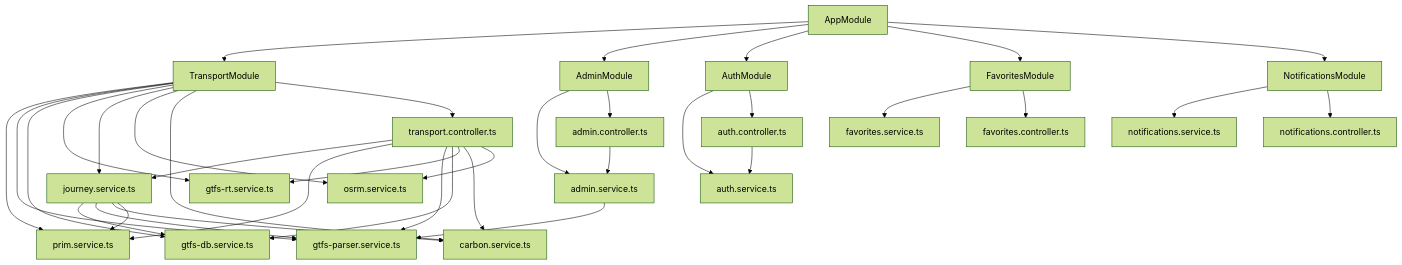
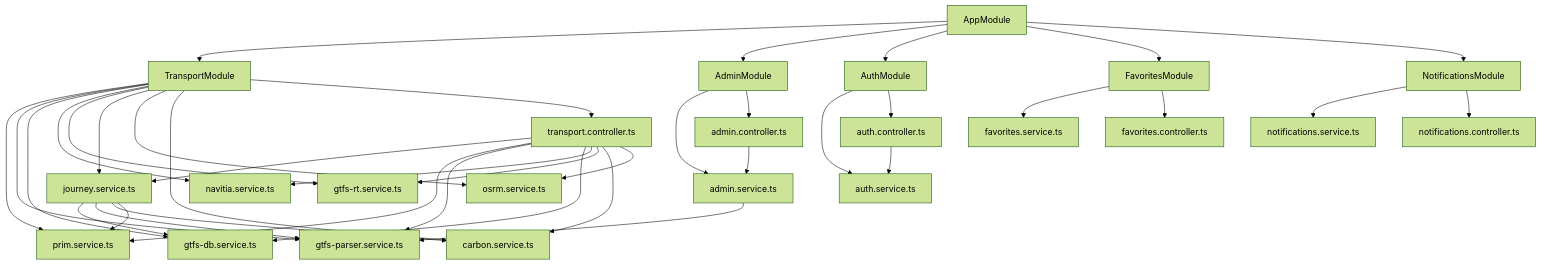
Before and after one commit to fwBoa/Urbanflow: the first of 3 diagrams in apps/backend/README.md, drawn with Mermaid (forest theme). The commit also changed other lines of this file and 8 other files, not shown here.

````diff
--- a/apps/backend/README.md
+++ b/apps/backend/README.md
@@ -9,48 +9,50 @@
 ```mermaid
 graph TD
   App[AppModule]
   TM[TransportModule]
   AM[AdminModule]
   AuthM[AuthModule]
   FavM[FavoritesModule]
   NotifM[NotificationsModule]
   App --> TM
   App --> AM
   App --> AuthM
   App --> FavM
   App --> NotifM
 
   TM --> Prim[prim.service.ts]
   TM --> Parser[gtfs-parser.service.ts]
   TM --> GtfsDb[gtfs-db.service.ts]
+  TM --> Navitia[navitia.service.ts]
   TM --> Rt[gtfs-rt.service.ts]
   TM --> Journey[journey.service.ts]
   TM --> Osrm[osrm.service.ts]
   TM --> Carbon[carbon.service.ts]
   TM --> TC[transport.controller.ts]
   Journey --> GtfsDb
   Journey --> Parser
   Journey --> Carbon
   Journey --> Prim
   TC --> Journey
   TC --> Prim
   TC --> Parser
   TC --> GtfsDb
+  TC --> Navitia
   TC --> Rt
   TC --> Carbon
   TC --> Osrm
 
   AM --> AdminS[admin.service.ts]
   AM --> AdminC[admin.controller.ts]
   AdminC --> AdminS
   AdminS --> Parser
 
   AuthM --> AuthS[auth.service.ts]
   AuthM --> AuthC[auth.controller.ts]
   AuthC --> AuthS
 
   FavM --> FavS[favorites.service.ts]
   FavM --> FavC[favorites.controller.ts]
   NotifM --> NotifS[notifications.service.ts]
   NotifM --> NotifC[notifications.controller.ts]
 ```
````
